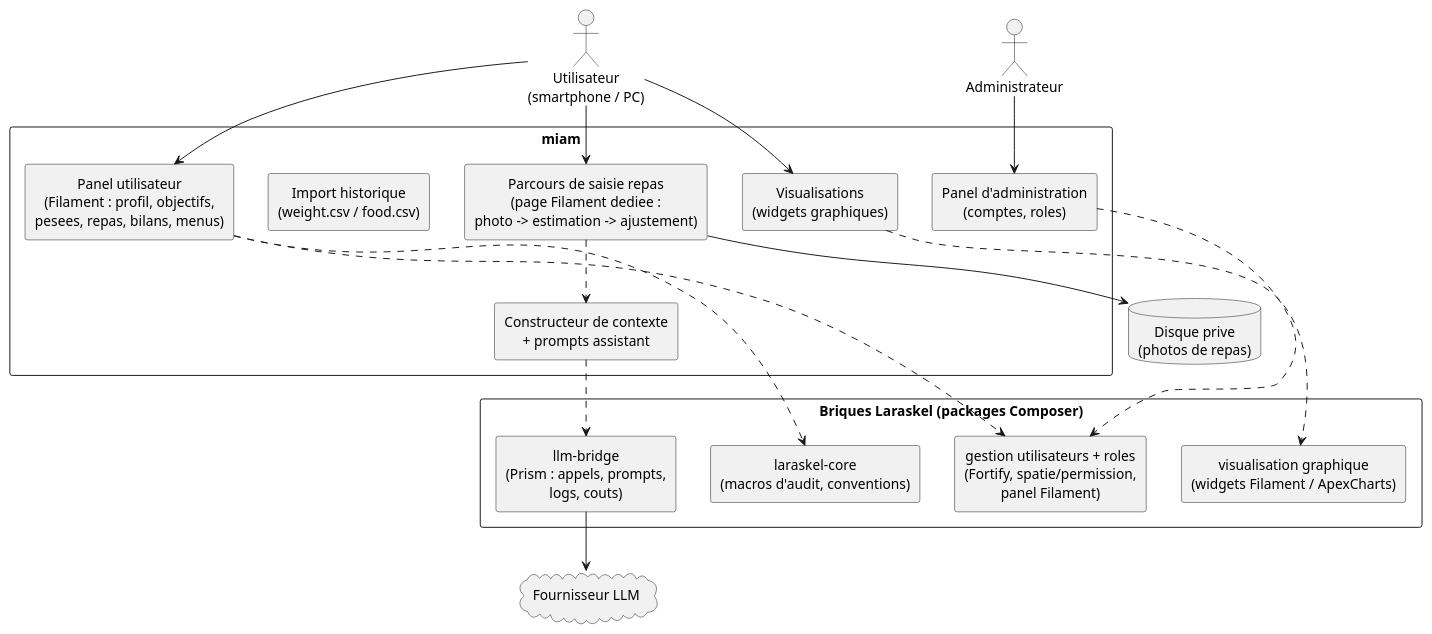
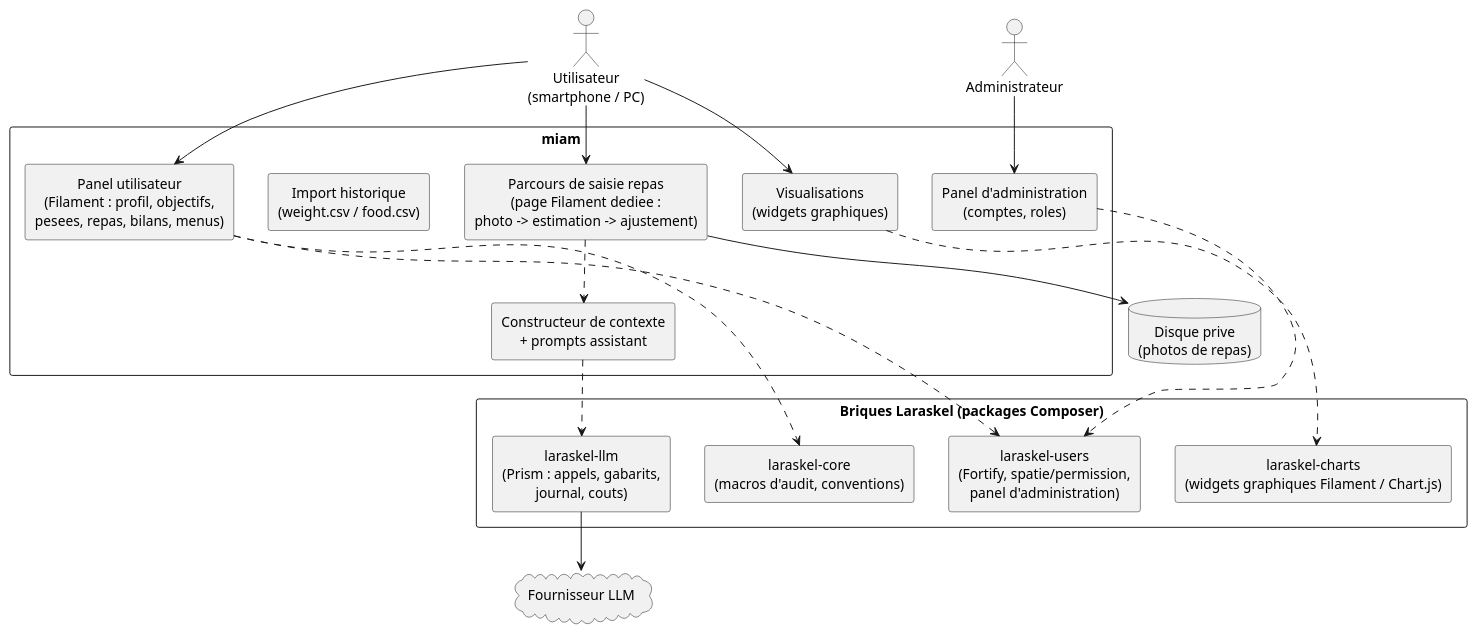
Before and after one commit to flub78/miam: the diagram in doc/design/diagrams/miam-composants.puml, drawn with PlantUML. The commit also changed 44 other files, not shown here.

```diff
--- a/doc/design/diagrams/miam-composants.puml
+++ b/doc/design/diagrams/miam-composants.puml
@@ -1,45 +1,45 @@
 @startuml
 ' Composants de miam et briques Laraskel consommees.
 
 skinparam componentStyle rectangle
 skinparam defaultTextAlignment center
 skinparam shadowing false
 skinparam packageStyle rectangle
 
 actor "Utilisateur\n(smartphone / PC)" as user
 actor "Administrateur" as admin
 
 package "miam" {
   component "Panel utilisateur\n(Filament : profil, objectifs,\npesees, repas, bilans, menus)" as app
   component "Parcours de saisie repas\n(page Filament dediee :\nphoto -> estimation -> ajustement)" as capture
   component "Visualisations\n(widgets graphiques)" as viz
   component "Constructeur de contexte\n+ prompts assistant" as ctx
   component "Import historique\n(weight.csv / food.csv)" as import
   component "Panel d'administration\n(comptes, roles)" as adminpanel
 }
 
 package "Briques Laraskel (packages Composer)" {
   component "laraskel-core\n(macros d'audit, conventions)" as core
-  component "gestion utilisateurs + roles\n(Fortify, spatie/permission,\npanel Filament)" as users
-  component "visualisation graphique\n(widgets Filament / ApexCharts)" as dataviz
-  component "llm-bridge\n(Prism : appels, prompts,\nlogs, couts)" as bridge
+  component "laraskel-users\n(Fortify, spatie/permission,\npanel d'administration)" as users
+  component "laraskel-charts\n(widgets graphiques Filament / Chart.js)" as dataviz
+  component "laraskel-llm\n(Prism : appels, gabarits,\njournal, couts)" as bridge
 }
 
 cloud "Fournisseur LLM" as llm
 database "Disque prive\n(photos de repas)" as disk
 
 user --> app
 user --> capture
 user --> viz
 admin --> adminpanel
 
 app ..> core
 app ..> users
 adminpanel ..> users
 viz ..> dataviz
 capture ..> ctx
 ctx ..> bridge
 bridge --> llm
 capture --> disk
 
 @enduml
```
